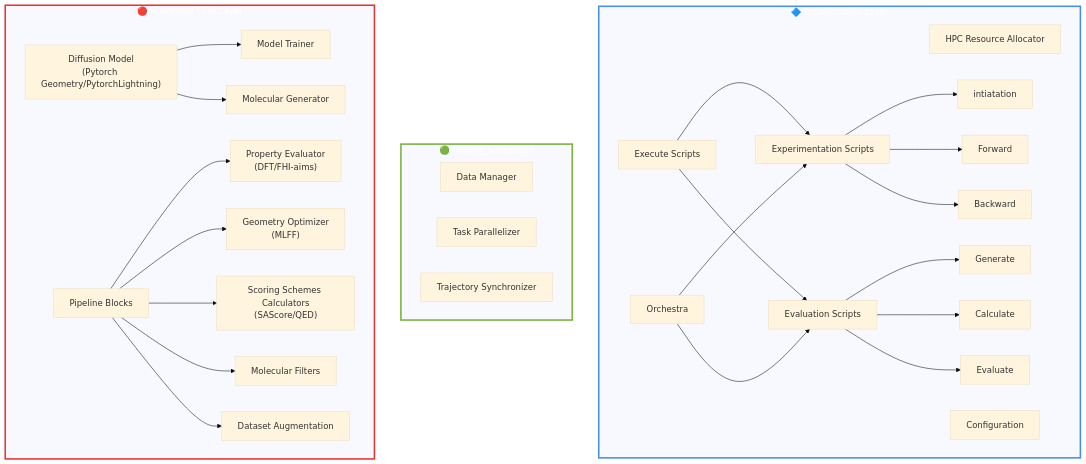
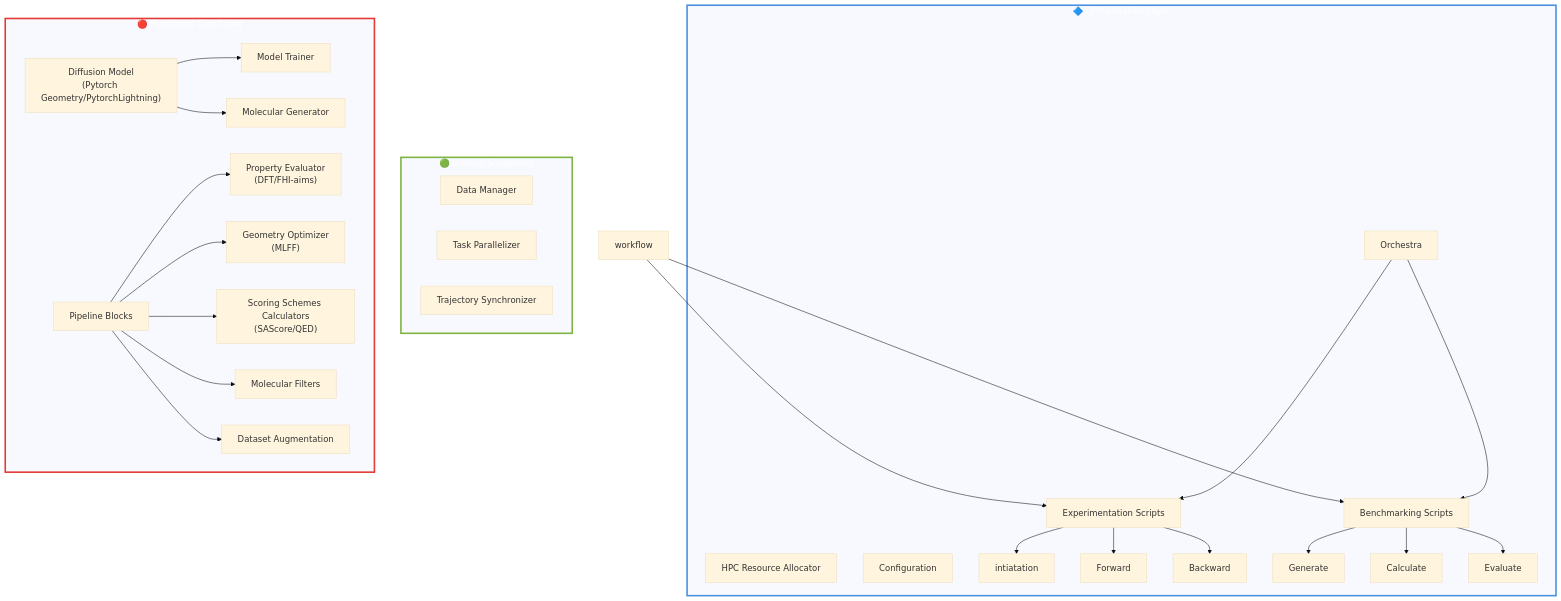
The second of 2 diagrams in README.md (lmedranos/qalpa), drawn with Mermaid (base theme) before and after one commit.

Commit message:
Update script labels in README.md
Replaced 'Execute Scripts' with 'Benchmarking Scripts' in the orchestration layer.

````diff
--- a/README.md
+++ b/README.md
@@ -102,59 +102,58 @@
 ```mermaid
 graph TB
     subgraph orchestration["🔷 Orchestration Layer"]
         hpc["HPC Resource Allocator"]
         config["Configuration"]
         orc["Orchestra"]
-        workflow["Execute Scripts"]
         Expsc["Experimentation Scripts"]
         initsc["intiatation"]
         forsc["Forward"]
         bacsc["Backward"]
-        Evalsc["Evaluation Scripts"]
+        Evalsc["Benchmarking Scripts"]
         gensc["Generate"]
         calsc["Calculate"]
         evalsc["Evaluate"]
 
     end
 
     Expsc --> initsc
     Expsc --> forsc
     Expsc --> bacsc
     Evalsc --> gensc
     Evalsc --> calsc
     Evalsc --> evalsc
     workflow --> Expsc
     workflow --> Evalsc
     orc --> Expsc
     orc --> Evalsc
 
 
     subgraph utilities["🟢 Utilities Subsystem"]
         data["Data Manager"]
         parallel["Task Parallelizer"]
         sync["Trajectory Synchronizer"]
     end
     
     subgraph functional["🔴 Functional Core Layer"]
         Diff["Diffusion Model<br/>(Pytorch Geometry/PytorchLightning)"]
         train["Model Trainer"]
         gen["Molecular Generator"]
         Pipeb["Pipeline Blocks"]
         eval["Property Evaluator<br/>(DFT/FHI-aims)"]
         opt["Geometry Optimizer<br/>(MLFF)"]
         sco["Scoring Schemes Calculators<br/>(SAScore/QED)"]
         sel["Molecular Filters"]
         Aug["Dataset Augmentation"]
     end
     Diff --> train
     Diff --> gen
     Pipeb --> eval
     Pipeb --> opt
     Pipeb --> sco
     Pipeb --> sel
     Pipeb --> Aug
     
     style orchestration stroke:#4A90E2,stroke-width:3px,color:#fff
     style utilities stroke:#7CB342,stroke-width: 3px,color:#fff
     style functional stroke:#E53935,stroke-width:3px,color:#fff
 ```
````
